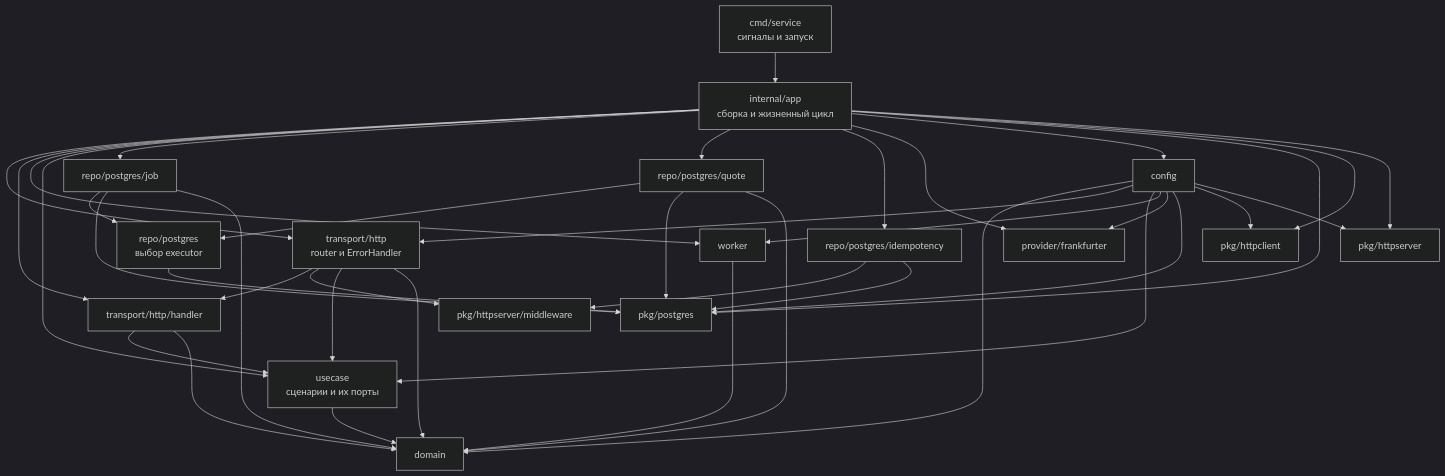
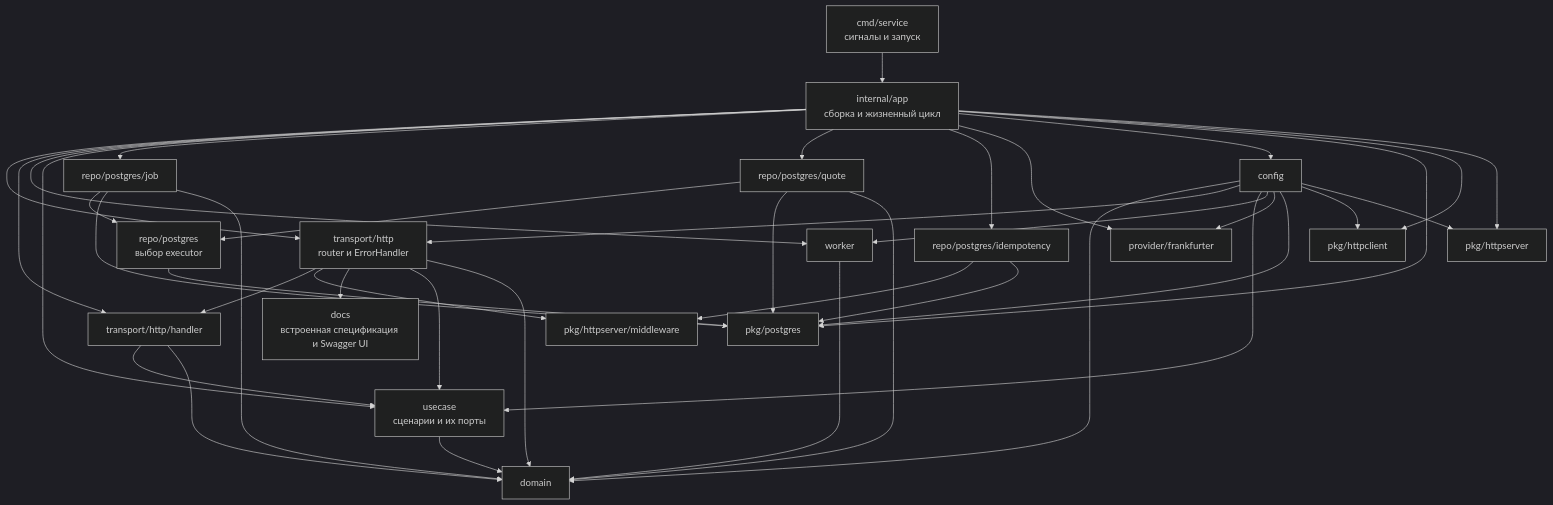
One commit to artyomstank/plata-currency-service changed the second of 2 diagrams in docs/architecture.md. Above: the diagram before and after it, drawn with Mermaid (dark theme). The commit also changed other lines of this file and 14 other files, not shown here.

````diff
--- a/docs/architecture.md
+++ b/docs/architecture.md
@@ -70,41 +70,42 @@
 ```mermaid
 flowchart TD
     Main["cmd/service<br/>сигналы и запуск"] --> App["internal/app<br/>сборка и жизненный цикл"]
     App --> HTTP["transport/http<br/>router и ErrorHandler"]
     App --> Handler["transport/http/handler"]
     App --> Worker["worker"]
     App --> UC["usecase<br/>сценарии и их порты"]
     App --> Jobs["repo/postgres/job"]
     App --> Quotes["repo/postgres/quote"]
     App --> Responses["repo/postgres/idempotency"]
     App --> Source["provider/frankfurter"]
     App --> Config["config"]
     App --> Postgres["pkg/postgres"]
     App --> HTTPClient["pkg/httpclient"]
     App --> HTTPServer["pkg/httpserver"]
     Jobs --> Executor["repo/postgres<br/>выбор executor"]
     Quotes --> Executor
     Jobs --> Postgres
     Quotes --> Postgres
     Executor --> Postgres
     HTTP --> Handler
     HTTP --> Middleware["pkg/httpserver/middleware"]
+    HTTP --> Docs["docs<br/>встроенная спецификация и Swagger UI"]
     Responses --> Middleware
     Responses --> Postgres
     HTTP --> UC
     HTTP --> Domain["domain"]
     Handler --> UC
     Handler --> Domain
     Jobs --> Domain
     Quotes --> Domain
     Worker --> Domain
     Config --> Domain
     Config --> HTTP
     Config --> UC
     Config --> Worker
     Config --> Source
     Config --> Postgres
     Config --> HTTPClient
     Config --> HTTPServer
     UC --> Domain
 ```
````
